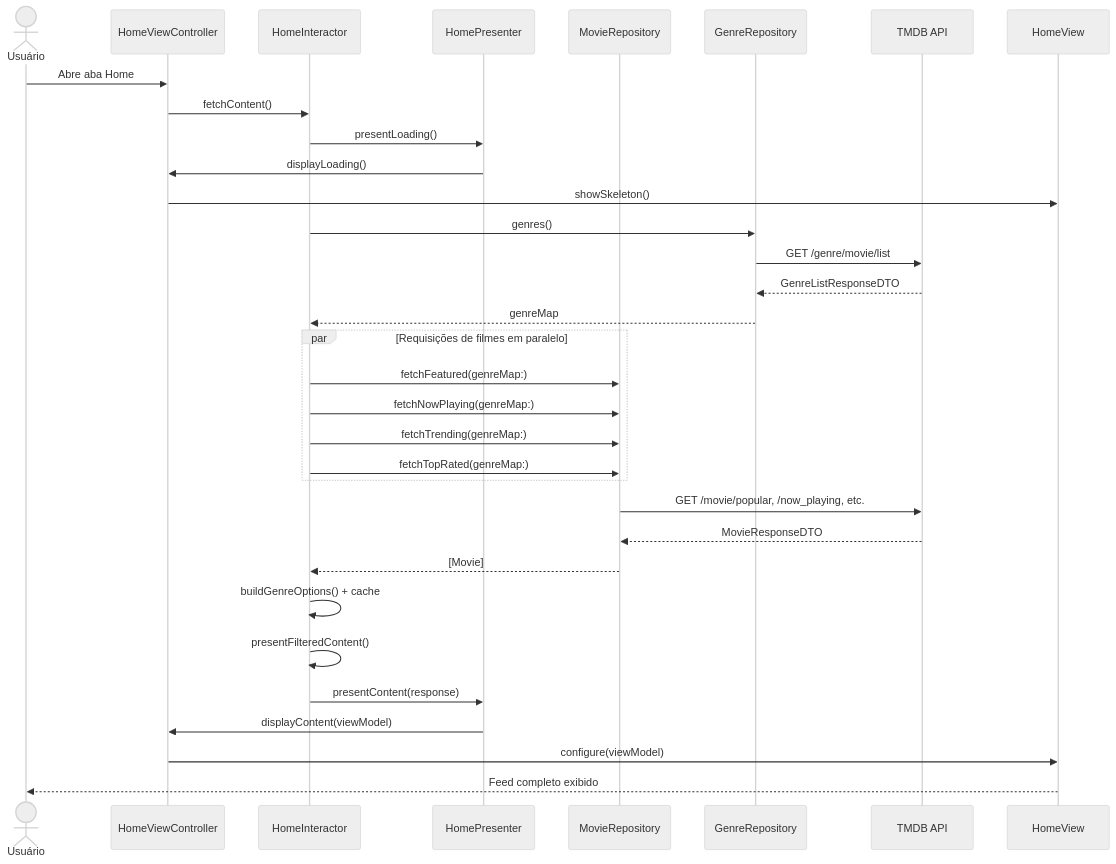
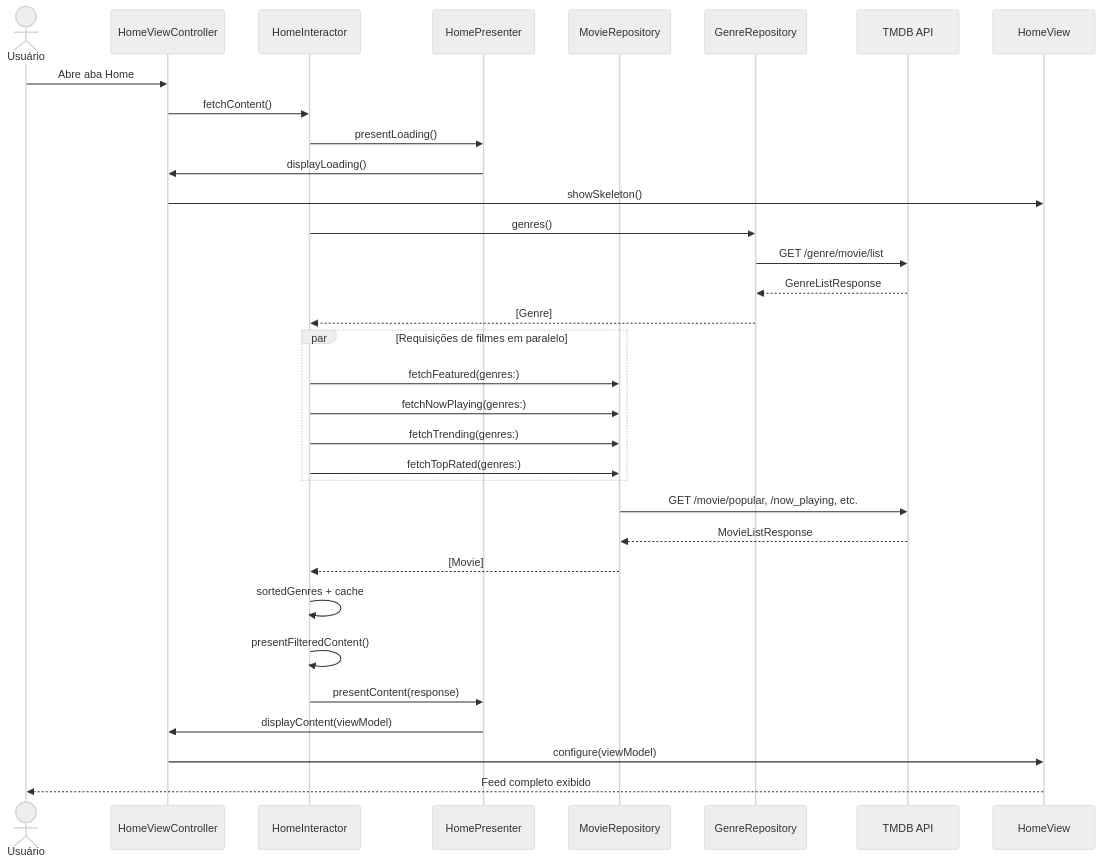
One commit to gilsonsantos03/cineteca changed the fifth of 8 diagrams in cineteca/DOCUMENTACAO-PROJETO.md. Above: the diagram before and after it, drawn with Mermaid (neutral theme). The commit also changed other lines of this file and 17 other files, not shown here.

````diff
--- a/cineteca/DOCUMENTACAO-PROJETO.md
+++ b/cineteca/DOCUMENTACAO-PROJETO.md
@@ -807,41 +827,41 @@
 ```mermaid
 sequenceDiagram
     actor Usuário
     participant HomeVC as HomeViewController
     participant Interactor as HomeInteractor
     participant Presenter as HomePresenter
     participant MovieRepo as MovieRepository
     participant GenreRepo as GenreRepository
     participant API as TMDB API
     participant View as HomeView
 
     Usuário->>HomeVC: Abre aba Home
     HomeVC->>Interactor: fetchContent()
     Interactor->>Presenter: presentLoading()
     Presenter->>HomeVC: displayLoading()
     HomeVC->>View: showSkeleton()
 
     Interactor->>GenreRepo: genres()
     GenreRepo->>API: GET /genre/movie/list
-    API-->>GenreRepo: GenreListResponseDTO
-    GenreRepo-->>Interactor: genreMap
+    API-->>GenreRepo: GenreListResponse
+    GenreRepo-->>Interactor: [Genre]
 
     par Requisições de filmes em paralelo
-        Interactor->>MovieRepo: fetchFeatured(genreMap:)
-        Interactor->>MovieRepo: fetchNowPlaying(genreMap:)
-        Interactor->>MovieRepo: fetchTrending(genreMap:)
-        Interactor->>MovieRepo: fetchTopRated(genreMap:)
+        Interactor->>MovieRepo: fetchFeatured(genres:)
+        Interactor->>MovieRepo: fetchNowPlaying(genres:)
+        Interactor->>MovieRepo: fetchTrending(genres:)
+        Interactor->>MovieRepo: fetchTopRated(genres:)
     end
 
     MovieRepo->>API: GET /movie/popular, /now_playing, etc.
-    API-->>MovieRepo: MovieResponseDTO
+    API-->>MovieRepo: MovieListResponse
 
     MovieRepo-->>Interactor: [Movie]
 
-    Interactor->>Interactor: buildGenreOptions() + cache
+    Interactor->>Interactor: sortedGenres + cache
     Interactor->>Interactor: presentFilteredContent()
     Interactor->>Presenter: presentContent(response)
     Presenter->>HomeVC: displayContent(viewModel)
     HomeVC->>View: configure(viewModel)
     View-->>Usuário: Feed completo exibido
 ```
````
